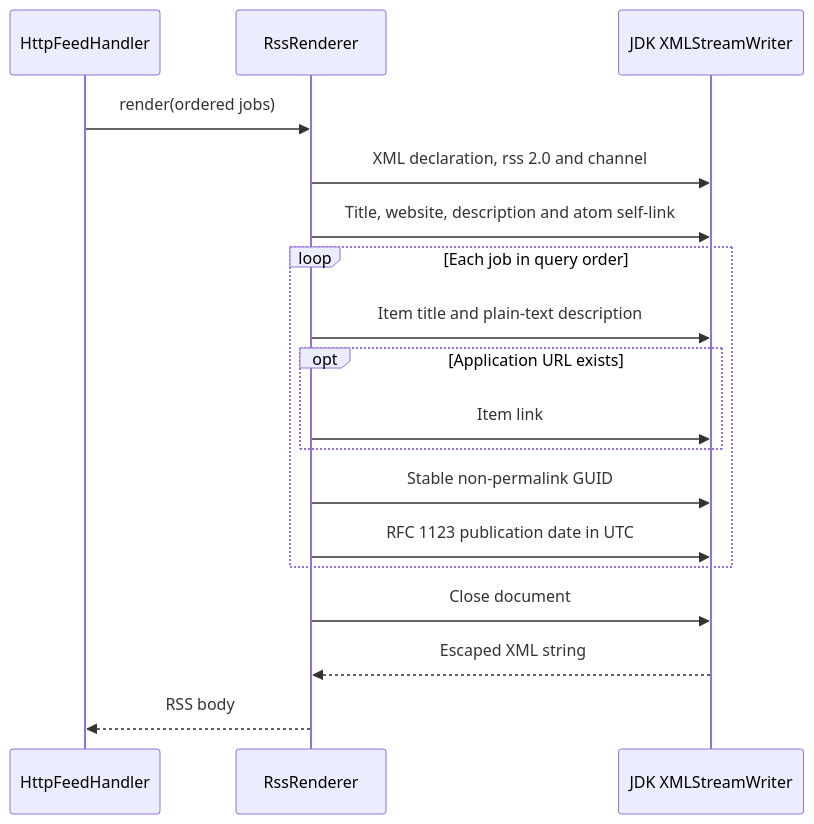
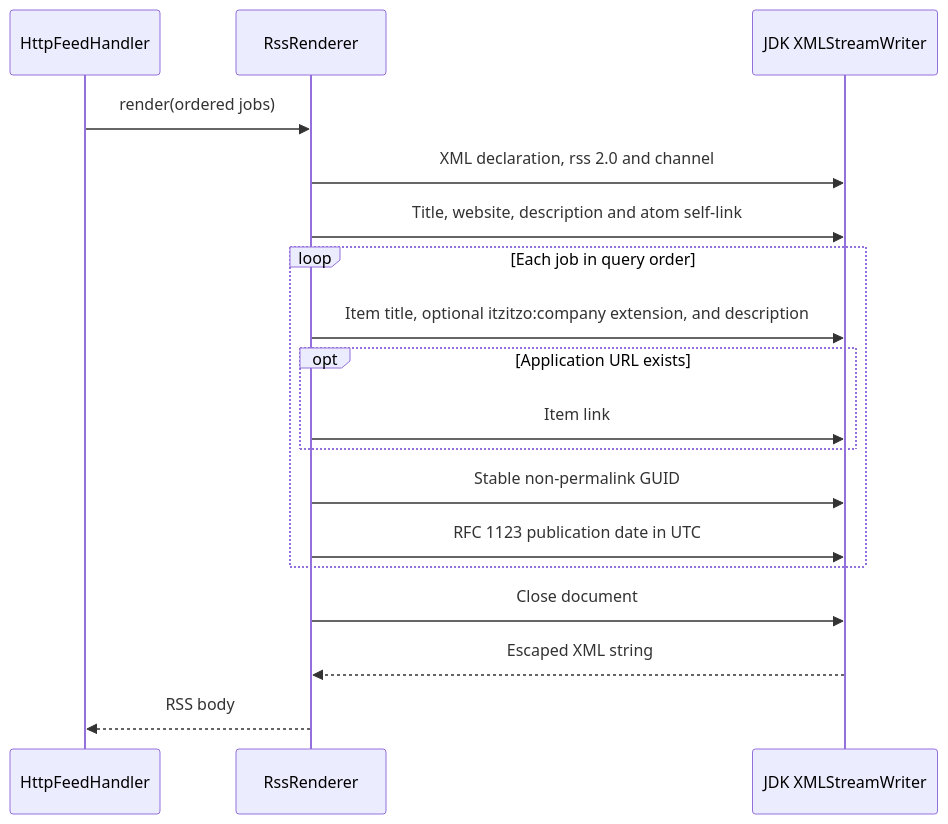
One commit to vriesjo/itzitzo-jobs-feed changed diagram 14 of 15 in docs/architecture.md. Above: the diagram before and after it, drawn with Mermaid. The commit also changed 2 other files, not shown here.

Commit message:
chore(rss) - extend the feed with company and description

````diff
--- a/docs/architecture.md
+++ b/docs/architecture.md
@@ -744,21 +744,21 @@
 ```mermaid
 sequenceDiagram
     participant Http as HttpFeedHandler
     participant Renderer as RssRenderer
     participant XML as JDK XMLStreamWriter
 
     Http->>Renderer: render(ordered jobs)
     Renderer->>XML: XML declaration, rss 2.0 and channel
     Renderer->>XML: Title, website, description and atom self-link
     loop Each job in query order
-        Renderer->>XML: Item title and plain-text description
+        Renderer->>XML: Item title, optional itzitzo:company extension, and description
         opt Application URL exists
             Renderer->>XML: Item link
         end
         Renderer->>XML: Stable non-permalink GUID
         Renderer->>XML: RFC 1123 publication date in UTC
     end
     Renderer->>XML: Close document
     XML-->>Renderer: Escaped XML string
     Renderer-->>Http: RSS body
 ```
````
